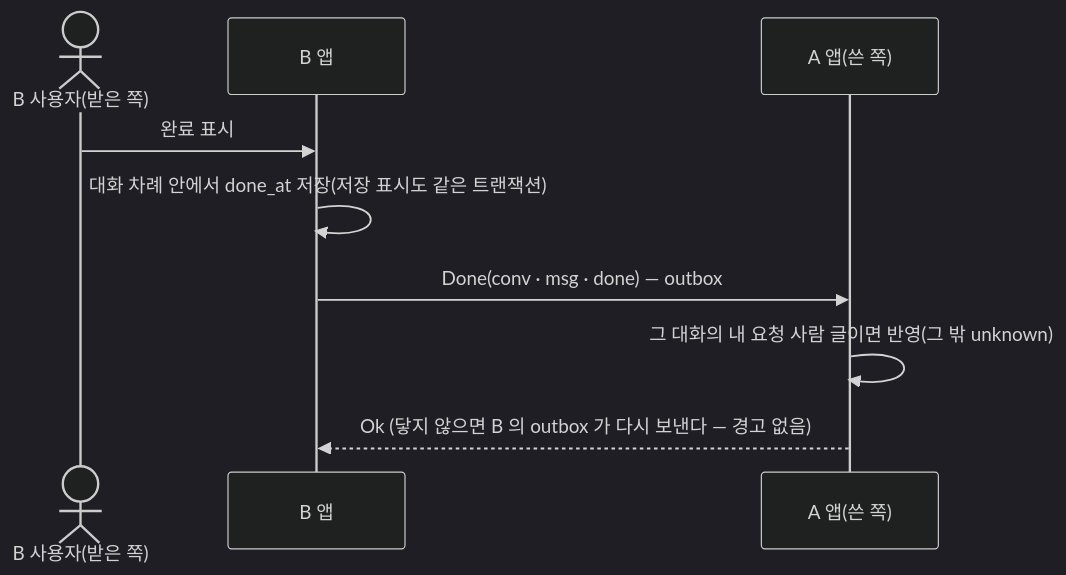
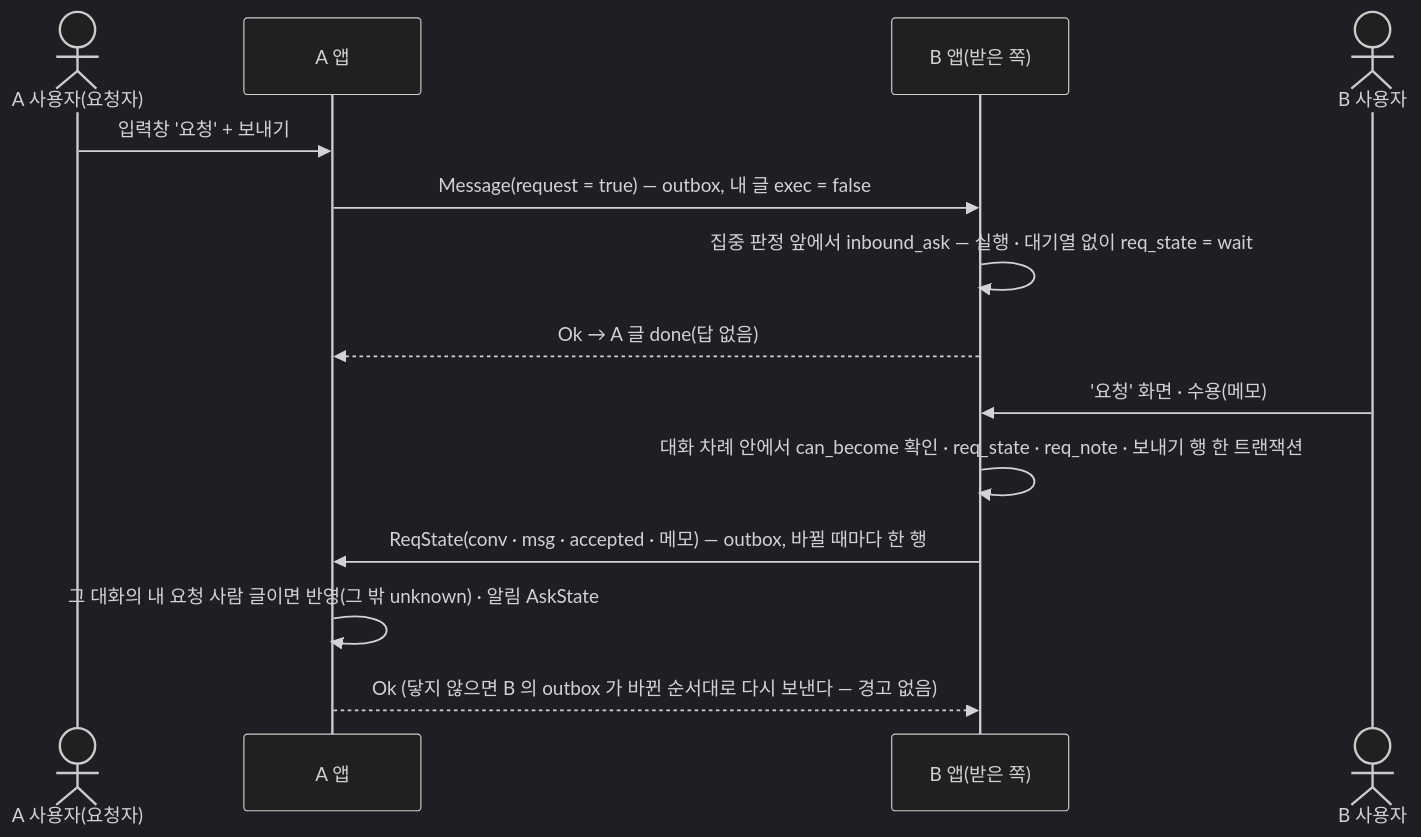
One commit to Softcamp-SaaS-RND/coworkAgent changed the seventh of 10 diagrams in docs/manual/dev/developer-guide.md. Above: the diagram before and after it, drawn with Mermaid (dark theme). The commit also changed other lines of this file and 97 other files, not shown here.

````diff
--- a/docs/manual/dev/developer-guide.md
+++ b/docs/manual/dev/developer-guide.md
@@ -519,11 +525,16 @@
 ```mermaid
 sequenceDiagram
-  actor UB as B 사용자(받은 쪽)
-  participant B as B 앱
-  participant A as A 앱(쓴 쪽)
-  UB->>B: 완료 표시
-  B->>B: 대화 차례 안에서 done_at 저장(저장 표시도 같은 트랜잭션)
-  B->>A: Done(conv · msg · done) — outbox
-  A->>A: 그 대화의 내 요청 사람 글이면 반영(그 밖 unknown)
-  A-->>B: Ok (닿지 않으면 B 의 outbox 가 다시 보낸다 — 경고 없음)
+  actor UA as A 사용자(요청자)
+  participant A as A 앱
+  participant B as B 앱(받은 쪽)
+  actor UB as B 사용자
+  UA->>A: 입력창 '요청' + 보내기
+  A->>B: Message(request = true) — outbox, 내 글 exec = false
+  B->>B: 집중 판정 앞에서 inbound_ask — 실행 · 대기열 없이 req_state = wait
+  B-->>A: Ok → A 글 done(답 없음)
+  UB->>B: '요청' 화면 · 수용(메모)
+  B->>B: 대화 차례 안에서 can_become 확인 · req_state · req_note · 보내기 행 한 트랜잭션
+  B->>A: ReqState(conv · msg · accepted · 메모) — outbox, 바뀔 때마다 한 행
+  A->>A: 그 대화의 내 요청 사람 글이면 반영(그 밖 unknown) · 알림 AskState
+  A-->>B: Ok (닿지 않으면 B 의 outbox 가 바뀐 순서대로 다시 보낸다 — 경고 없음)
 ```
````
